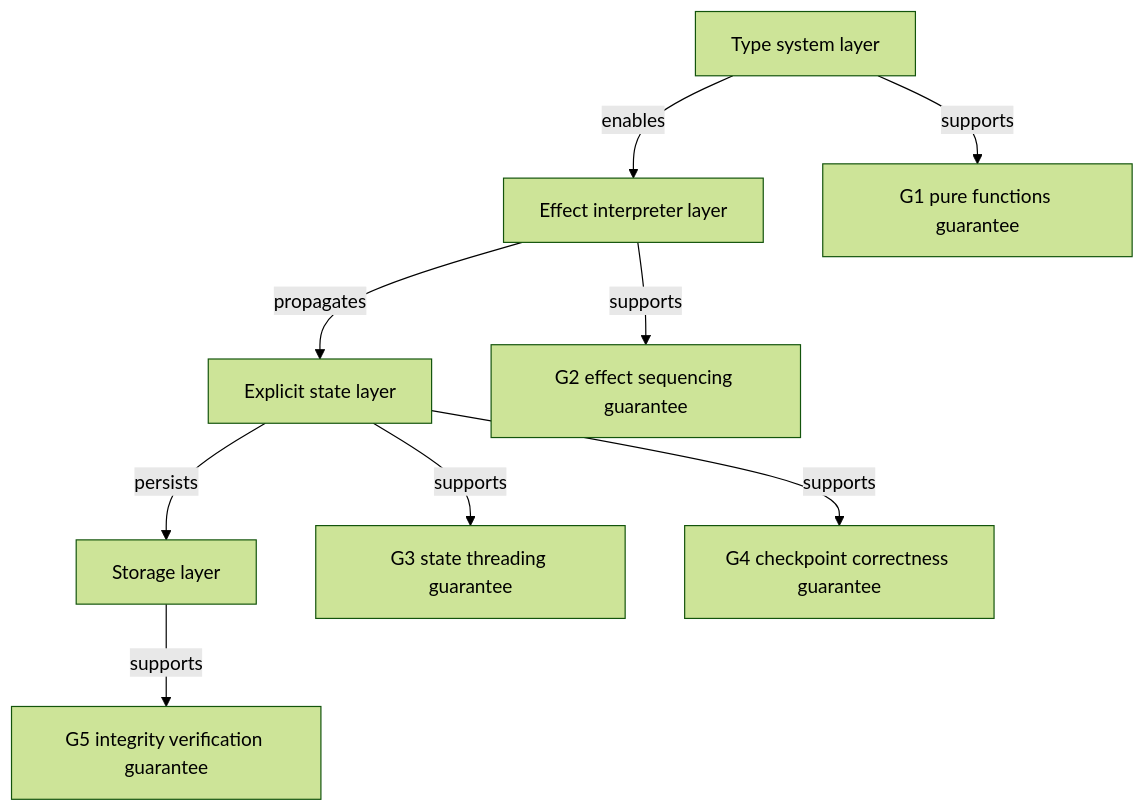
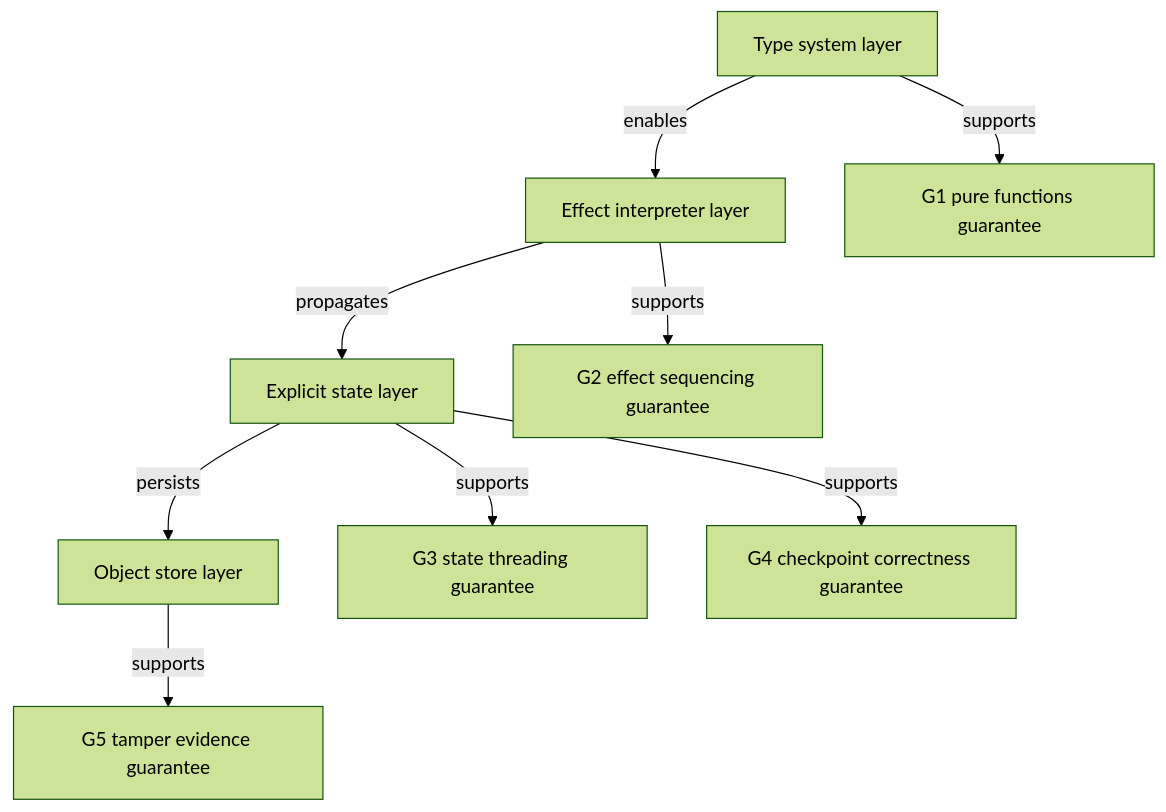
Before and after one commit to Tuee22/SpectralMC: the fifth of 5 diagrams in documents/engineering/reproducibility_proofs.md, drawn with Mermaid (forest theme). The commit also changed other lines of this file and 56 other files, not shown here.

````diff
--- a/documents/engineering/reproducibility_proofs.md
+++ b/documents/engineering/reproducibility_proofs.md
@@ -455,21 +474,21 @@
 ```mermaid
 flowchart TB
     TypeLayer[Type system layer]
     EffectLayer[Effect interpreter layer]
     StateLayer[Explicit state layer]
-    StorageLayer[Storage layer]
+    StorageLayer[Object store layer]
     G1[G1 pure functions guarantee]
     G2[G2 effect sequencing guarantee]
     G3[G3 state threading guarantee]
     G4[G4 checkpoint correctness guarantee]
-    G5[G5 integrity verification guarantee]
+    G5[G5 tamper evidence guarantee]
 
     TypeLayer -->|enables| EffectLayer
     EffectLayer -->|propagates| StateLayer
     StateLayer -->|persists| StorageLayer
     TypeLayer -->|supports| G1
     EffectLayer -->|supports| G2
     StateLayer -->|supports| G3
     StateLayer -->|supports| G4
     StorageLayer -->|supports| G5
 ```
````
